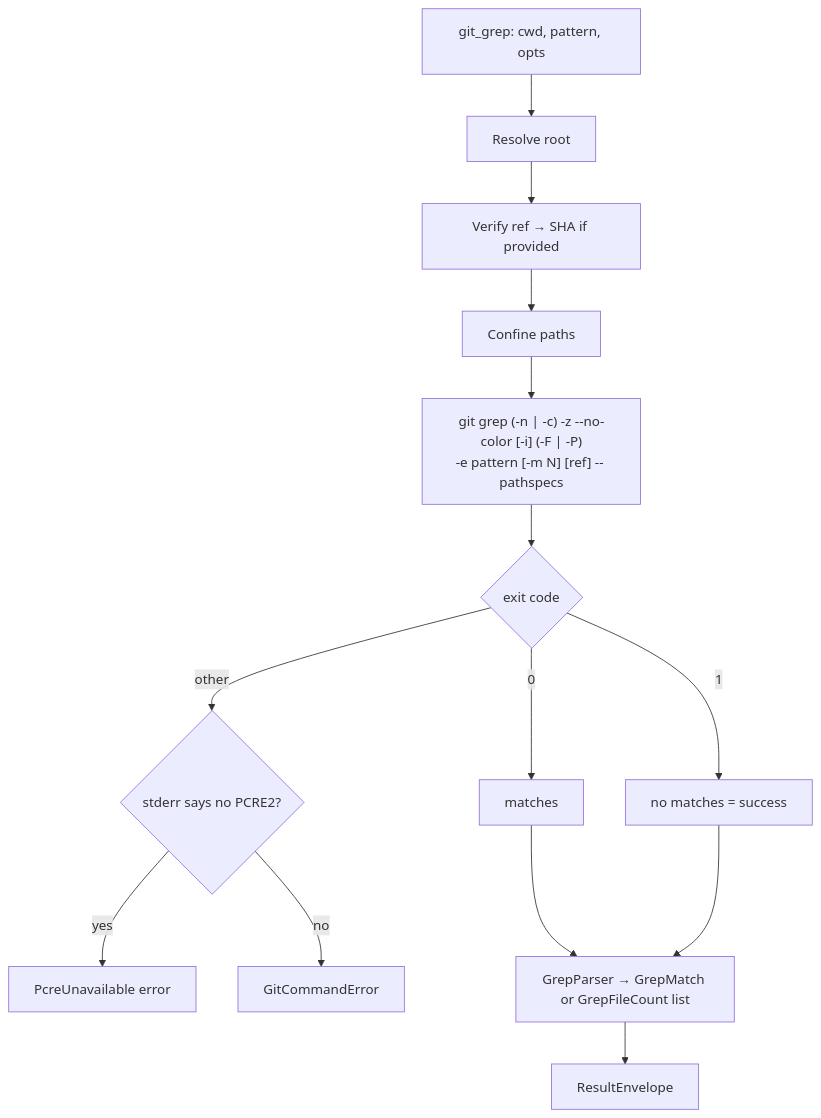
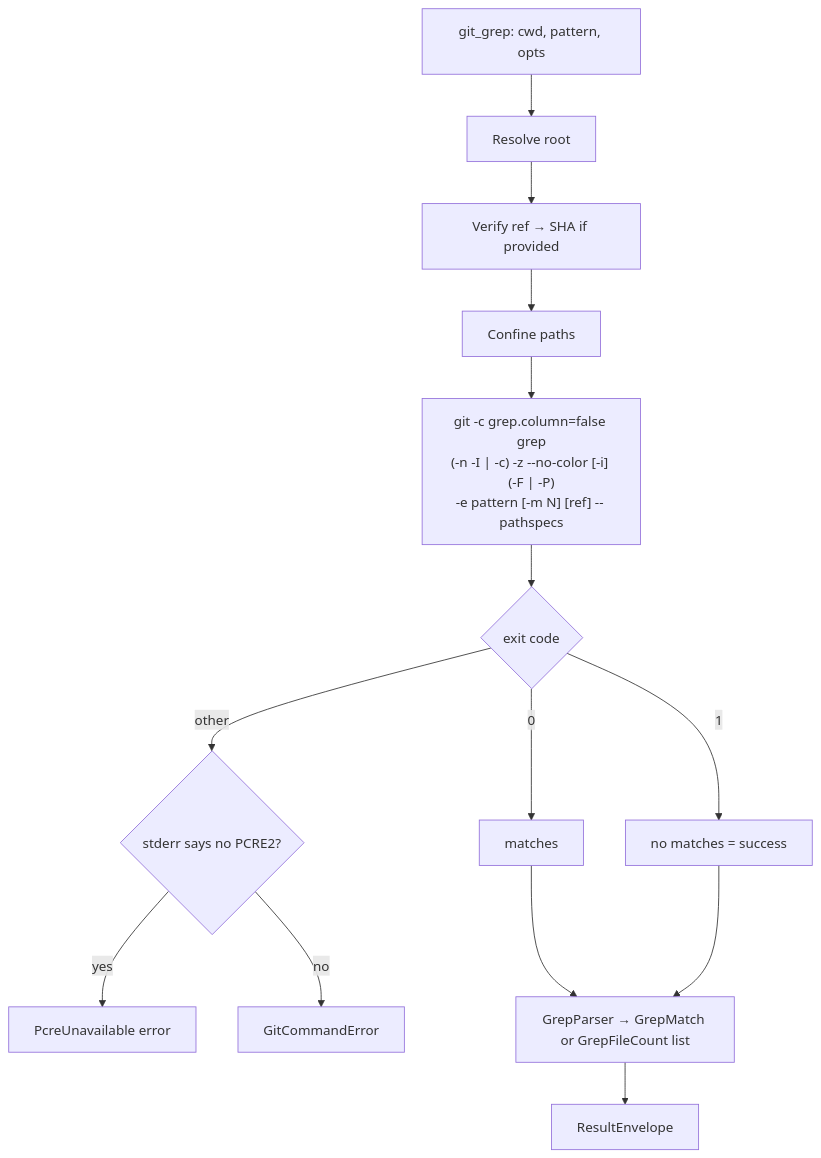
The eighth of 15 diagrams in src/RaccoonNinja.McpToolset.Server.GitOps/README.md (brenordv/mcp-toolset), drawn with Mermaid before and after one commit. The commit also changed other lines of this file and 20 other files, not shown here.

First line of the commit message:
**Frame git_grep records field by field, check the work tree's git directory, and leave out cut ids in git-ops 2.27.0**

````diff
--- a/src/RaccoonNinja.McpToolset.Server.GitOps/README.md
+++ b/src/RaccoonNinja.McpToolset.Server.GitOps/README.md
@@ -412,16 +424,16 @@
 ```mermaid
 flowchart TD
     A[git_grep: cwd, pattern, opts] --> B[Resolve root]
     B --> C[Verify ref → SHA if provided]
     C --> D[Confine paths]
-    D --> E["git grep (-n | -c) -z --no-color [-i] (-F | -P)<br/>-e pattern [-m N] [ref] -- pathspecs"]
+    D --> E["git -c grep.column=false grep<br/>(-n -I | -c) -z --no-color [-i] (-F | -P)<br/>-e pattern [-m N] [ref] -- pathspecs"]
     E --> F{exit code}
     F -- 0 --> G[matches]
     F -- 1 --> H[no matches = success]
     F -- other --> I{stderr says no PCRE2?}
     I -- yes --> J[PcreUnavailable error]
     I -- no --> K[GitCommandError]
     G --> L[GrepParser → GrepMatch or GrepFileCount list]
     H --> L
     L --> M[ResultEnvelope]
 ```
````
